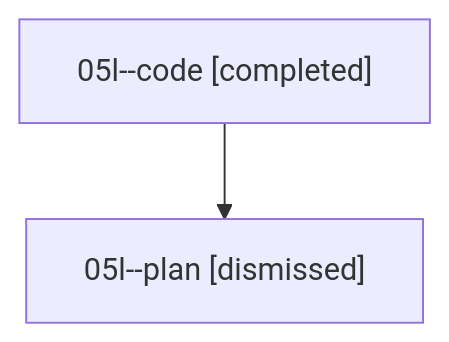
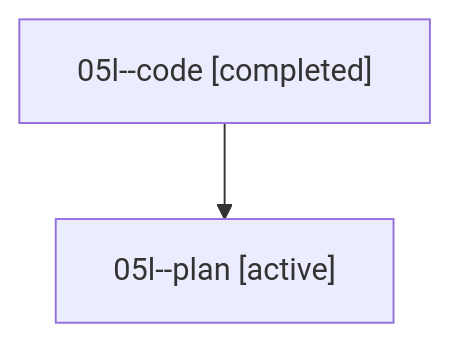
The diagram in families/bbugyi200.athena.05l.md (sase-org/sase--agents), drawn with Mermaid before and after one commit. The commit also changed other lines of this file and 35830 other files, not shown here.

````diff
--- a/families/bbugyi200.athena.05l.md
+++ b/families/bbugyi200.athena.05l.md
@@ -9,6 +9,6 @@
 ```mermaid
 flowchart TD
   n0["05l--code [completed]"]
-  n1["05l--plan [dismissed]"]
+  n1["05l--plan [active]"]
   n0 --> n1
 ```
````
